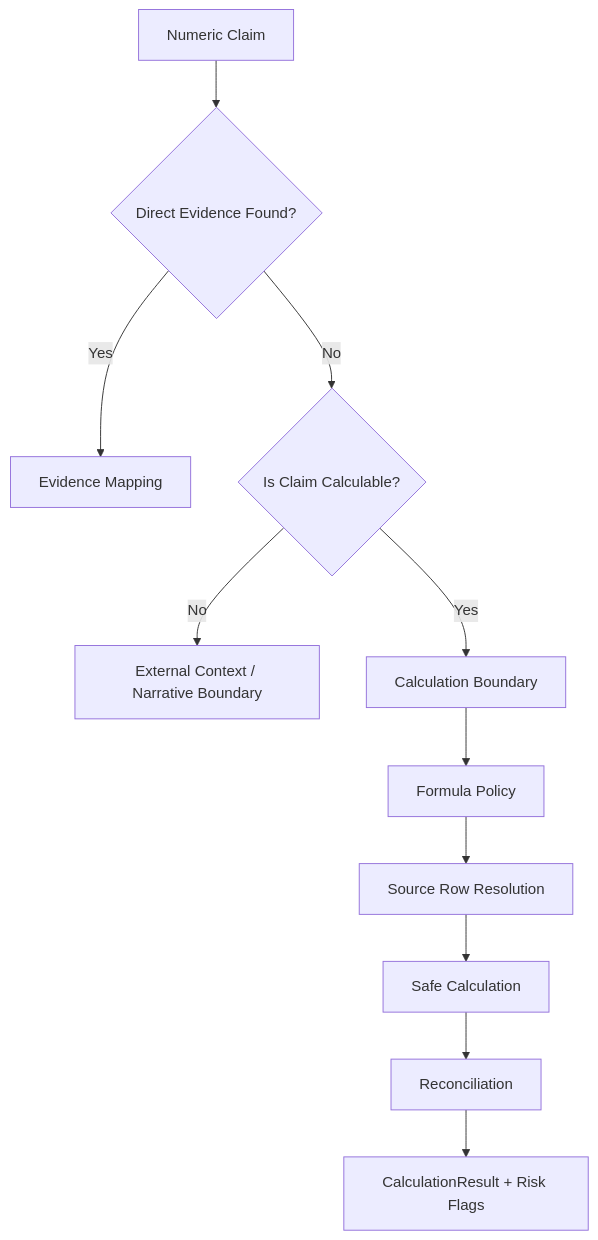
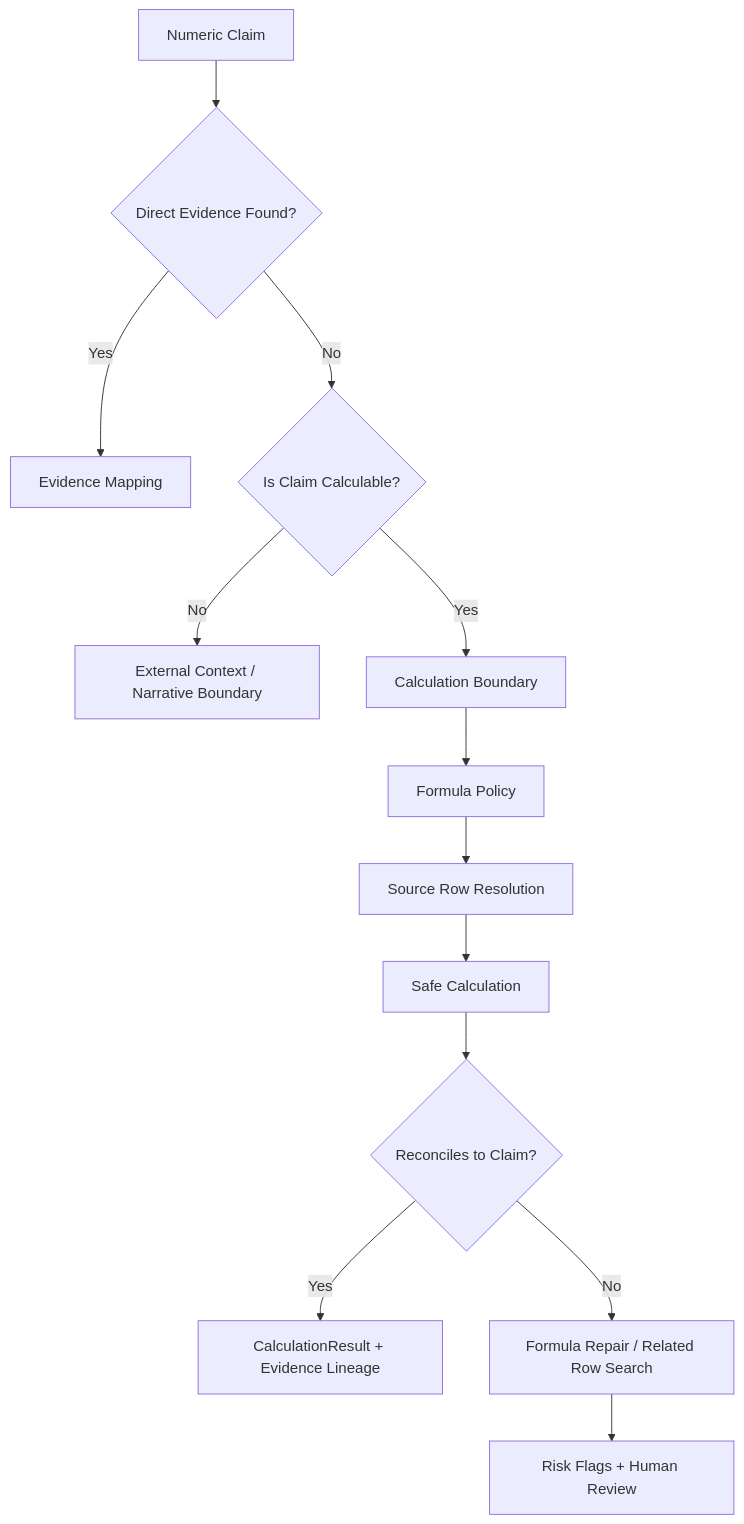
One commit to xmercuryx007/FCA-Public changed the seventh of 11 diagrams in README.md. Above: the diagram before and after it, drawn with Mermaid. The commit also changed other lines of this file, not shown here.

````diff
--- a/README.md
+++ b/README.md
@@ -376,13 +420,15 @@
 ```mermaid
 flowchart TD
     A[Numeric Claim] --> B{Direct Evidence Found?}
     B -->|Yes| C[Evidence Mapping]
     B -->|No| D{Is Claim Calculable?}
     D -->|No| E[External Context / Narrative Boundary]
     D -->|Yes| F[Calculation Boundary]
     F --> G[Formula Policy]
     G --> H[Source Row Resolution]
     H --> I[Safe Calculation]
-    I --> J[Reconciliation]
-    J --> K[CalculationResult + Risk Flags]
+    I --> J{Reconciles to Claim?}
+    J -->|Yes| K[CalculationResult + Evidence Lineage]
+    J -->|No| L[Formula Repair / Related Row Search]
+    L --> M[Risk Flags + Human Review]
 ```
````
